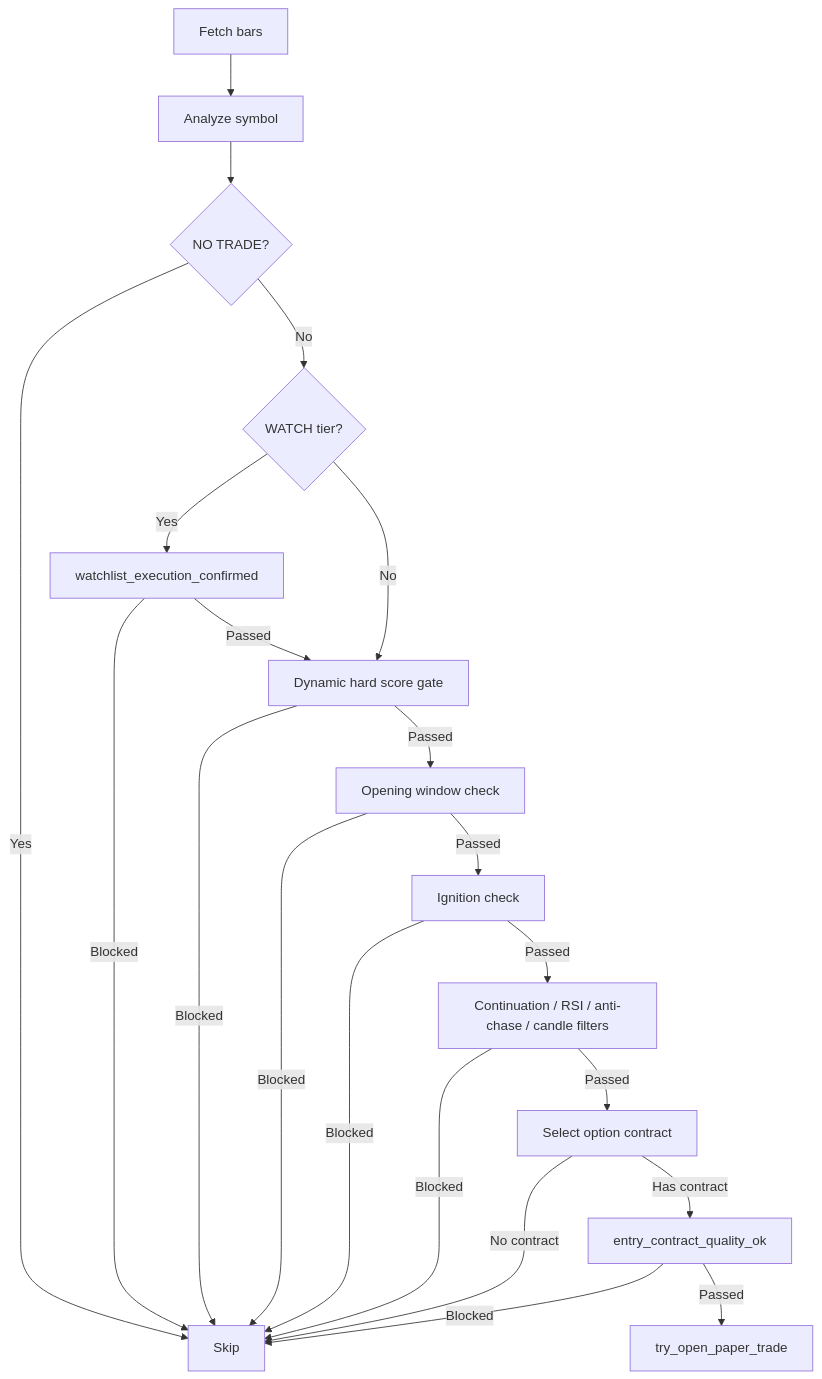
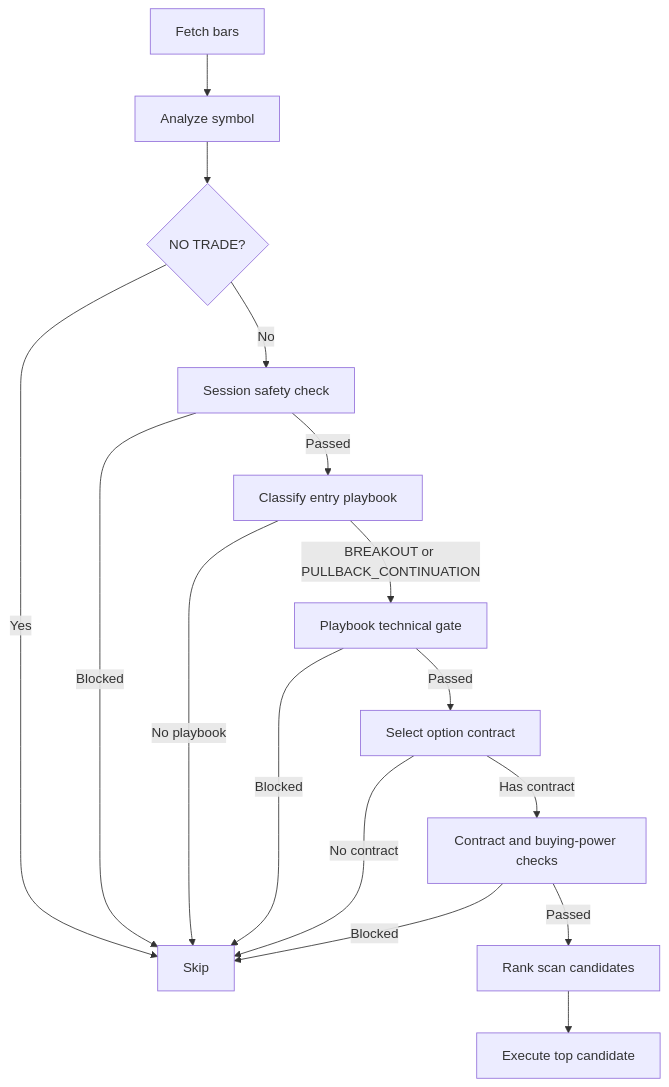
Before and after one commit to Dindu/stock-ai-agent: the first of 2 diagrams in STRATEGY_SPEC.md, drawn with Mermaid. The commit also changed other lines of this file and 2 other files, not shown here.

Commit message:
Improve playbook backtest and block breakout puts

````diff
--- a/STRATEGY_SPEC.md
+++ b/STRATEGY_SPEC.md
@@ -161,23 +179,18 @@
 ```mermaid
 flowchart TD
     A[Fetch bars] --> B[Analyze symbol]
     B --> C{NO TRADE?}
     C -->|Yes| Z[Skip]
-    C -->|No| D{WATCH tier?}
-    D -->|Yes| E[watchlist_execution_confirmed]
-    D -->|No| F[Dynamic hard score gate]
-    E -->|Blocked| Z
-    E -->|Passed| F
+    C -->|No| D[Session safety check]
+    D -->|Blocked| Z
+    D -->|Passed| E[Classify entry playbook]
+    E -->|No playbook| Z
+    E -->|BREAKOUT or PULLBACK_CONTINUATION| F[Playbook technical gate]
     F -->|Blocked| Z
-    F -->|Passed| G[Opening window check]
-    G -->|Blocked| Z
-    G -->|Passed| H[Ignition check]
+    F -->|Passed| G[Select option contract]
+    G -->|No contract| Z
+    G -->|Has contract| H[Contract and buying-power checks]
     H -->|Blocked| Z
-    H -->|Passed| I[Continuation / RSI / anti-chase / candle filters]
-    I -->|Blocked| Z
-    I -->|Passed| J[Select option contract]
-    J -->|No contract| Z
-    J -->|Has contract| K[entry_contract_quality_ok]
-    K -->|Blocked| Z
-    K -->|Passed| L[try_open_paper_trade]
+    H -->|Passed| I[Rank scan candidates]
+    I --> J[Execute top candidate]
 ```
````
